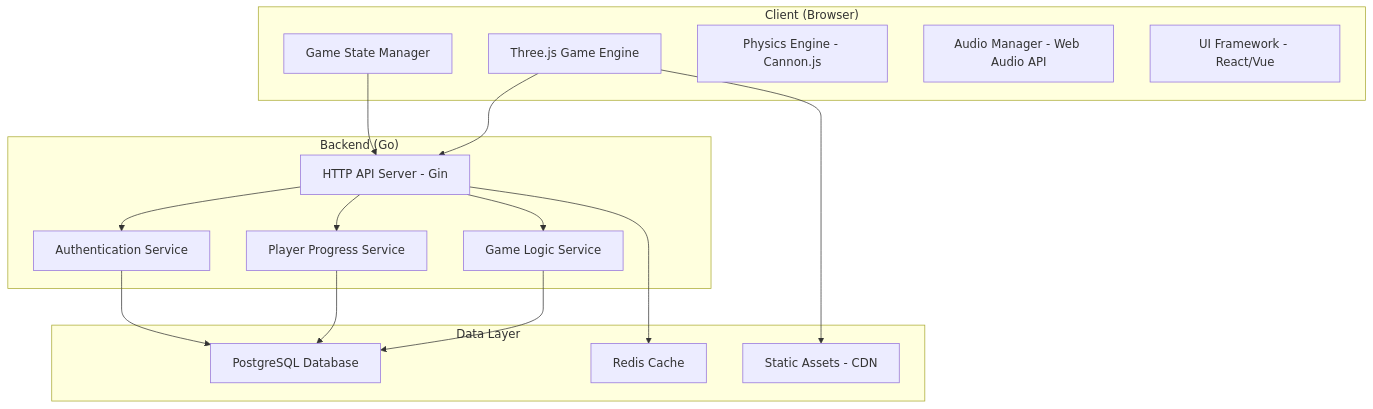
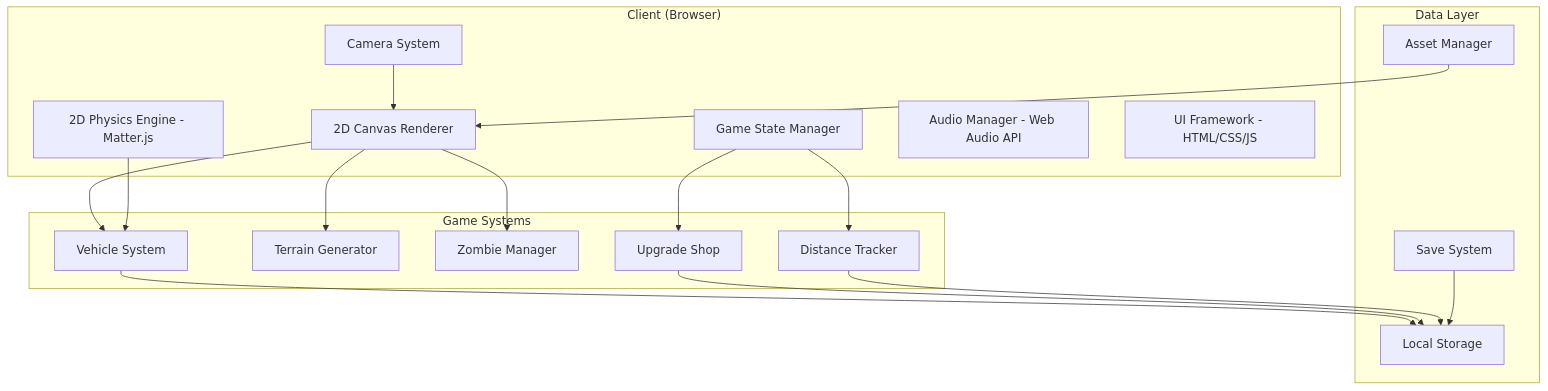
One commit to sayantanmandal1/EarnToDie changed the diagram in .kiro/specs/zombie-car-game/design.md. Above: the diagram before and after it, drawn with Mermaid. The commit also changed other lines of this file and 14 other files, not shown here.

````diff
--- a/.kiro/specs/zombie-car-game/design.md
+++ b/.kiro/specs/zombie-car-game/design.md
@@ -11,34 +11,38 @@
 ```mermaid
 graph TB
     subgraph "Client (Browser)"
-        A[Three.js Game Engine]
+        A[2D Canvas Renderer]
         B[Game State Manager]
-        C[Physics Engine - Cannon.js]
+        C[2D Physics Engine - Matter.js]
         D[Audio Manager - Web Audio API]
-        E[UI Framework - React/Vue]
+        E[UI Framework - HTML/CSS/JS]
+        F[Camera System]
     end
     
-    subgraph "Backend (Go)"
-        F[HTTP API Server - Gin]
-        G[Game Logic Service]
-        H[Player Progress Service]
-        I[Authentication Service]
+    subgraph "Game Systems"
+        G[Vehicle System]
+        H[Terrain Generator]
+        I[Zombie Manager]
+        J[Upgrade Shop]
+        K[Distance Tracker]
     end
     
     subgraph "Data Layer"
-        J[PostgreSQL Database]
-        K[Redis Cache]
-        L[Static Assets - CDN]
+        L[Local Storage]
+        M[Asset Manager]
+        N[Save System]
     end
     
-    A --> F
-    B --> F
-    F --> G
-    F --> H
-    F --> I
-    G --> J
-    H --> J
-    I --> J
-    F --> K
-    A --> L
+    A --> G
+    A --> H
+    A --> I
+    B --> J
+    B --> K
+    C --> G
+    F --> A
+    G --> L
+    J --> L
+    K --> L
+    M --> A
+    N --> L
 ```
````
